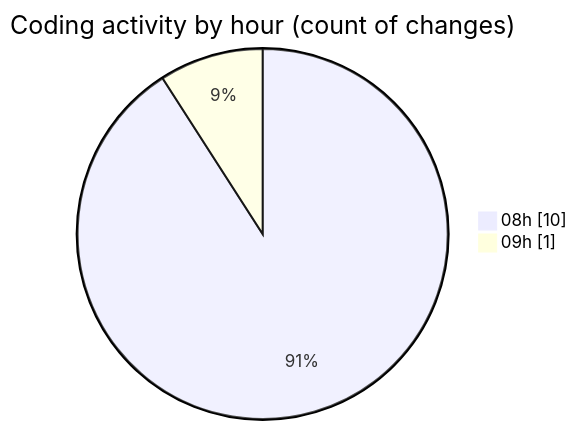
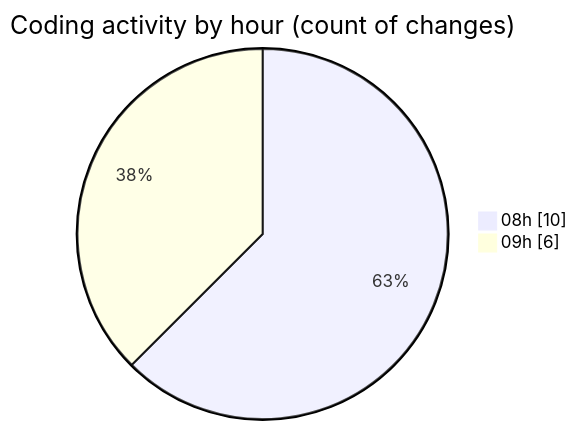
The second of 2 diagrams in 2026-05-19/cilapp/README.md (ricardozamudiocil/code-tracking), drawn with Mermaid before and after one commit. The commit also changed other lines of this file and 1 other file, not shown here.

````diff
--- a/2026-05-19/cilapp/README.md
+++ b/2026-05-19/cilapp/README.md
@@ -31,6 +31,6 @@
 ```mermaid
 pie showData
 title Coding activity by hour (count of changes)
 "08h" : 10
-"09h" : 1
+"09h" : 6
 ```
````
